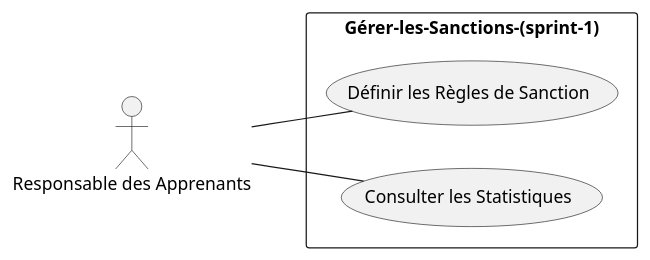
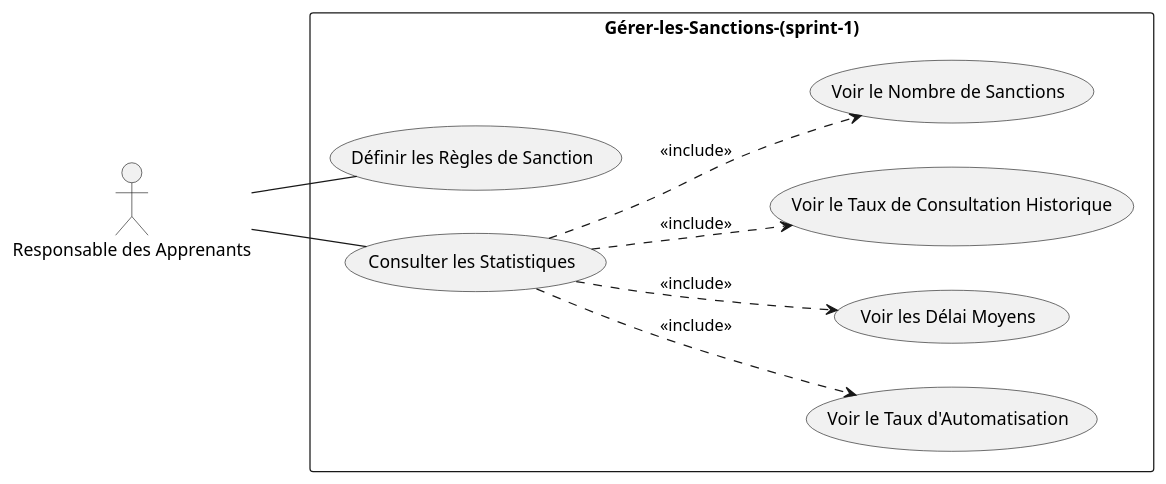
The diagram in Functional Branch/Use Case/Use-Case-Sprint1.puml (Tribak-Ayoub/Project-fil-rouge), drawn with PlantUML before and after one commit. The commit also changed 3 other files, not shown here.

```diff
--- a/Functional Branch/Use Case/Use-Case-Sprint1.puml
+++ b/Functional Branch/Use Case/Use-Case-Sprint1.puml
@@ -1,13 +1,21 @@
 @startuml
 left to right direction
 actor "Responsable des Apprenants" as Admin
 
 rectangle Gérer-les-Sanctions-(sprint-1) {
   usecase "Définir les Règles de Sanction" as UC1
- usecase "Consulter les Statistiques" as UC8
+  usecase "Consulter les Statistiques" as UC8
+  usecase "Voir le Taux d'Automatisation" as UC8_1
+  usecase "Voir les Délai Moyens" as UC8_2
+  usecase "Voir le Taux de Consultation Historique" as UC8_3
+  usecase "Voir le Nombre de Sanctions" as UC8_4
 }
 
 Admin -- UC1
 Admin -- UC8
 
+UC8 ..> UC8_1 : <<include>>
+UC8 ..> UC8_2 : <<include>>
+UC8 ..> UC8_3 : <<include>>
+UC8 ..> UC8_4 : <<include>>
 @enduml
```
